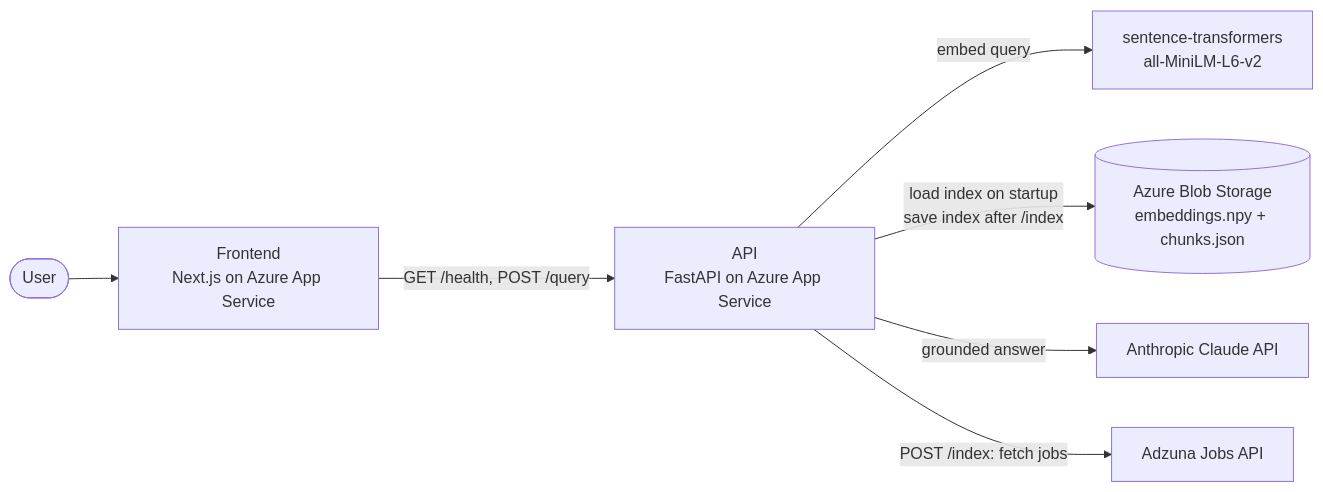
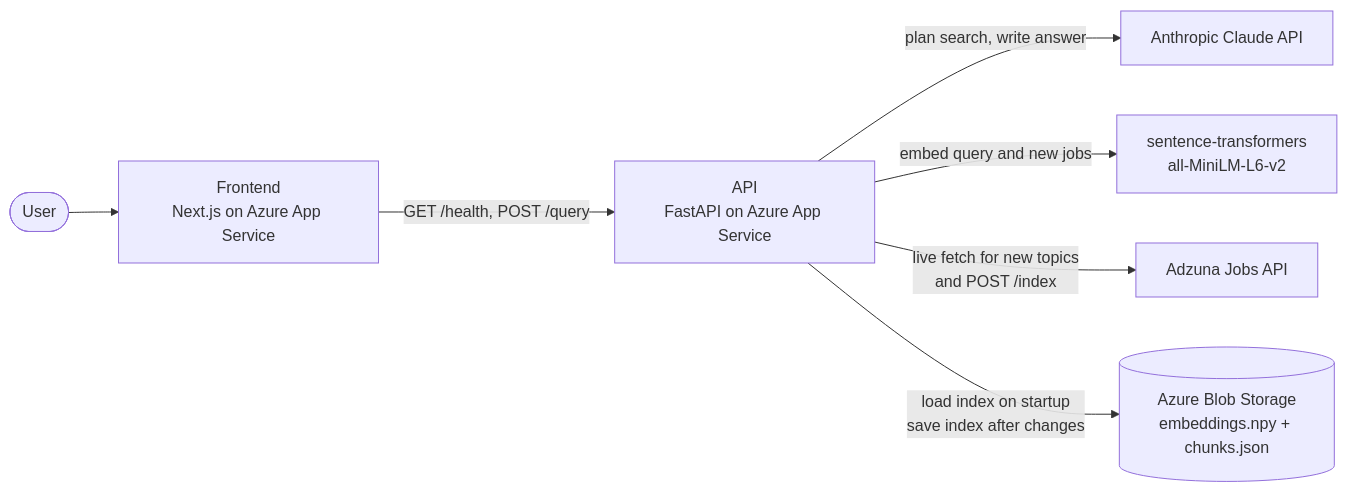
Before and after one commit to melbinmv/jobsense: the first of 4 diagrams in README.md, drawn with Mermaid. The commit also changed other lines of this file, not shown here.

````diff
--- a/README.md
+++ b/README.md
@@ -35,10 +37,10 @@
 ```mermaid
 flowchart LR
     User([User]) --> FE["Frontend<br/>Next.js on Azure App Service"]
     FE -->|"GET /health, POST /query"| API["API<br/>FastAPI on Azure App Service"]
 
-    API -->|"embed query"| EMB["sentence-transformers<br/>all-MiniLM-L6-v2"]
-    API -->|"load index on startup<br/>save index after /index"| BLOB[("Azure Blob Storage<br/>embeddings.npy + chunks.json")]
-    API -->|"grounded answer"| CLAUDE["Anthropic Claude API"]
-    API -->|"POST /index: fetch jobs"| ADZUNA["Adzuna Jobs API"]
+    API -->|"plan search, write answer"| CLAUDE["Anthropic Claude API"]
+    API -->|"embed query and new jobs"| EMB["sentence-transformers<br/>all-MiniLM-L6-v2"]
+    API -->|"live fetch for new topics<br/>and POST /index"| ADZUNA["Adzuna Jobs API"]
+    API -->|"load index on startup<br/>save index after changes"| BLOB[("Azure Blob Storage<br/>embeddings.npy + chunks.json")]
 ```
````
